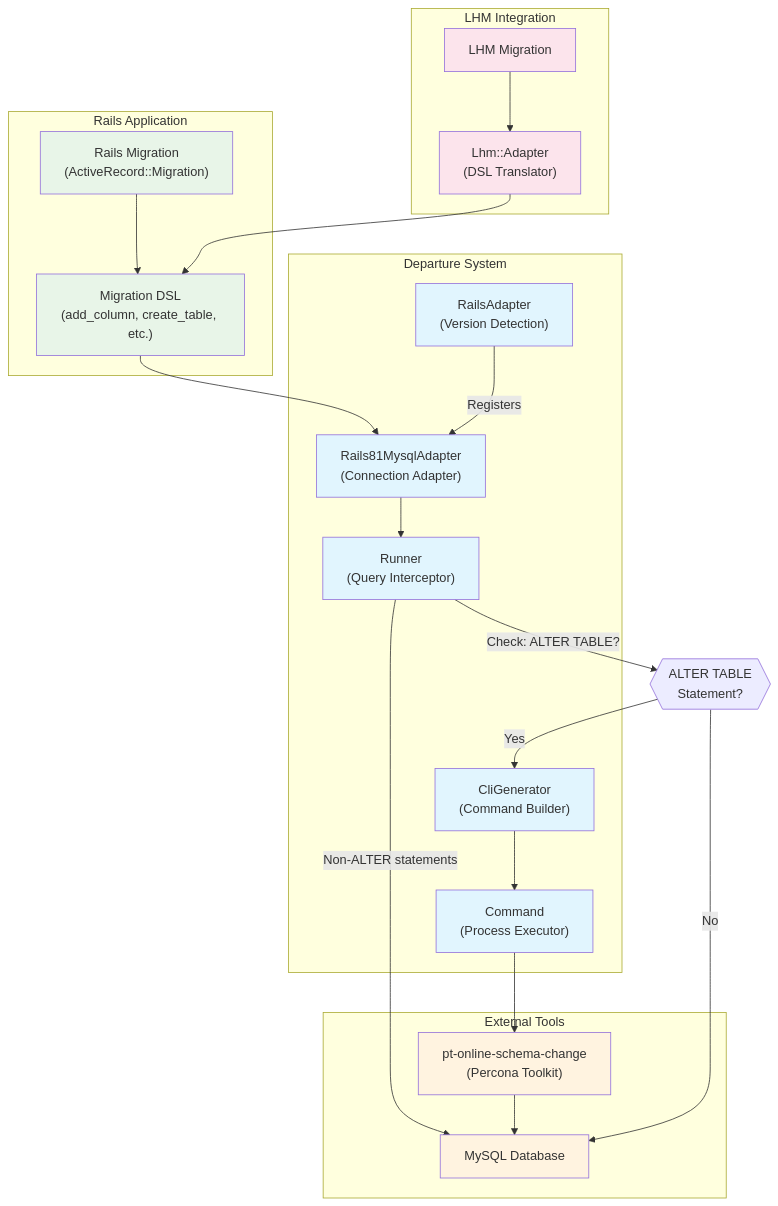
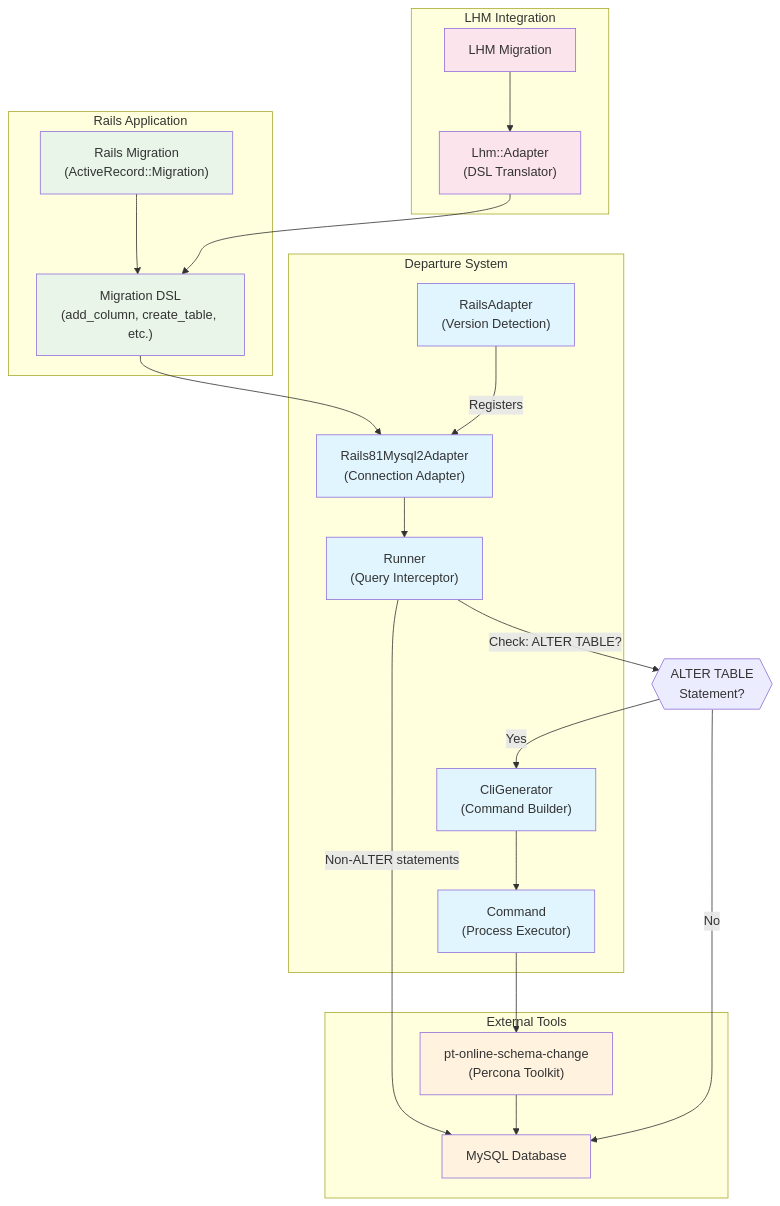
Before and after one commit to departurerb/departure: the diagram in README.md, drawn with Mermaid.

Commit message:
Fix Rails 8.1 adapter name in README

````diff
--- a/README.md
+++ b/README.md
@@ -240,61 +240,61 @@
 ```mermaid
  flowchart TB
       %% User Level
       subgraph "Rails Application"
           Migration["Rails Migration<br/>(ActiveRecord::Migration)"]
           DSL["Migration DSL<br/>(add_column, create_table, etc.)"]
       end
 
       %% Core Departure Components
       subgraph "Departure System"
           RailsAdapter["RailsAdapter<br/>(Version Detection)"]
-          DepartureAdapter["Rails81MysqlAdapter<br/>(Connection Adapter)"]
+          DepartureAdapter["Rails81Mysql2Adapter<br/>(Connection Adapter)"]
           Runner["Runner<br/>(Query Interceptor)"]
           Command["Command<br/>(Process Executor)"]
           CliGenerator["CliGenerator<br/>(Command Builder)"]
       end
 
       %% External Components
       subgraph "External Tools"
           PTOSC["pt-online-schema-change<br/>(Percona Toolkit)"]
           MySQL["MySQL Database"]
       end
 
       %% LHM Integration
       subgraph "LHM Integration"
           LhmAdapter["Lhm::Adapter<br/>(DSL Translator)"]
           LhmMigration["LHM Migration"]
       end
 
       %% Flow connections
       Migration --> DSL
       DSL --> DepartureAdapter
       DepartureAdapter --> Runner
       Runner --> |"Non-ALTER statements"| MySQL
       CliGenerator --> Command
       Command --> PTOSC
       PTOSC --> MySQL
 
       %% LHM Flow
       LhmMigration --> LhmAdapter
       LhmAdapter --> DSL
 
       %% Configuration Flow
       RailsAdapter --> |"Registers"| DepartureAdapter
 
       %% Decision Points
       Runner --> |"Check: ALTER TABLE?"| DecisionNode{{"ALTER TABLE<br/>Statement?"}}
       DecisionNode --> |"Yes"| CliGenerator
       DecisionNode --> |"No"| MySQL
 
       %% Styling
       classDef departure fill:#e1f5fe
       classDef external fill:#fff3e0
       classDef rails fill:#e8f5e8
       classDef lhm fill:#fce4ec
 
       class RailsAdapter,DepartureAdapter,Runner,Command,CliGenerator departure
       class PTOSC,MySQL external
       class Migration,DSL rails
       class LhmAdapter,LhmMigration lhm
 ```
````
